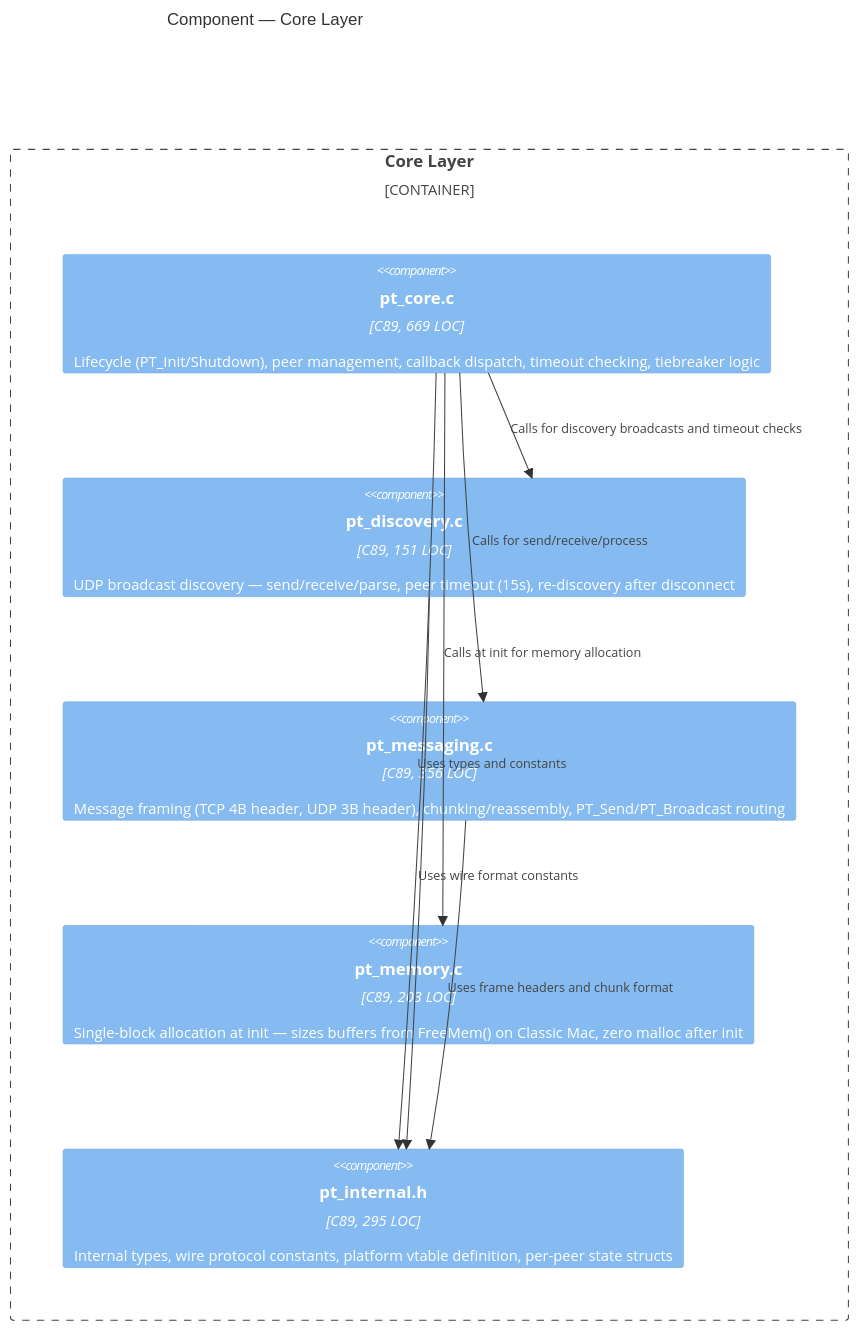
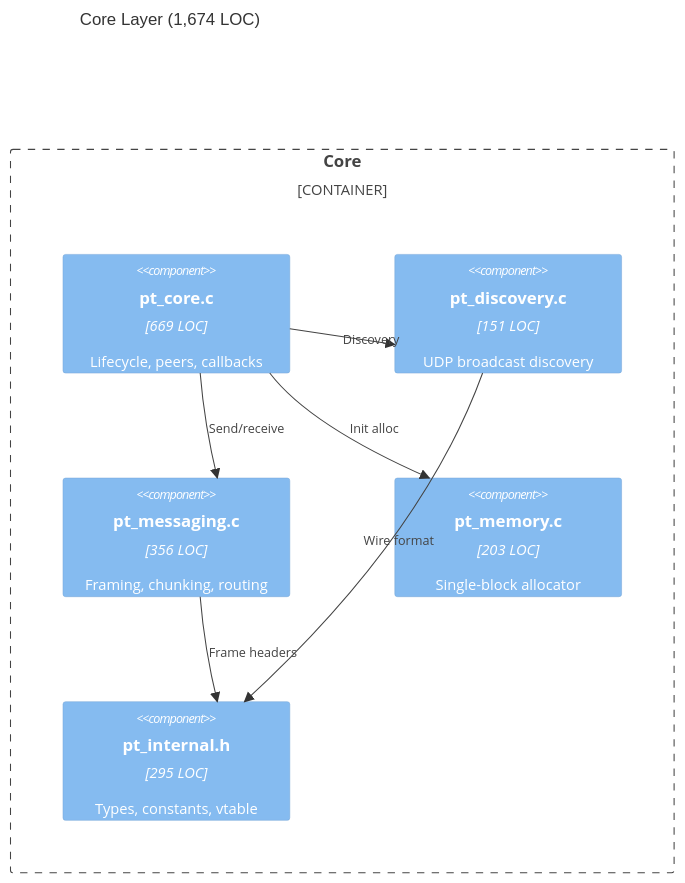
Before and after one commit to matthewdeaves/peertalk: the third of 7 diagrams in ARCHITECTURE.md, drawn with Mermaid. The commit also changed other lines of this file, not shown here.

First line of the commit message:
docs: Shorten C4 diagram labels for clean Mermaid rendering

````diff
--- a/ARCHITECTURE.md
+++ b/ARCHITECTURE.md
@@ -48,19 +48,18 @@
 ```mermaid
 C4Component
-    title Component — Core Layer
+    title Core Layer (1,674 LOC)
 
-    Container_Boundary(core, "Core Layer") {
-        Component(ptcore, "pt_core.c", "C89, 669 LOC", "Lifecycle (PT_Init/Shutdown), peer management, callback dispatch, timeout checking, tiebreaker logic")
-        Component(disc, "pt_discovery.c", "C89, 151 LOC", "UDP broadcast discovery — send/receive/parse, peer timeout (15s), re-discovery after disconnect")
-        Component(msg, "pt_messaging.c", "C89, 356 LOC", "Message framing (TCP 4B header, UDP 3B header), chunking/reassembly, PT_Send/PT_Broadcast routing")
-        Component(mem, "pt_memory.c", "C89, 203 LOC", "Single-block allocation at init — sizes buffers from FreeMem() on Classic Mac, zero malloc after init")
-        Component(internal, "pt_internal.h", "C89, 295 LOC", "Internal types, wire protocol constants, platform vtable definition, per-peer state structs")
+    Container_Boundary(core, "Core") {
+        Component(ptcore, "pt_core.c", "669 LOC", "Lifecycle, peers, callbacks")
+        Component(disc, "pt_discovery.c", "151 LOC", "UDP broadcast discovery")
+        Component(msg, "pt_messaging.c", "356 LOC", "Framing, chunking, routing")
+        Component(mem, "pt_memory.c", "203 LOC", "Single-block allocator")
+        Component(internal, "pt_internal.h", "295 LOC", "Types, constants, vtable")
     }
 
-    Rel(ptcore, disc, "Calls for discovery broadcasts and timeout checks")
-    Rel(ptcore, msg, "Calls for send/receive/process")
-    Rel(ptcore, mem, "Calls at init for memory allocation")
-    Rel(ptcore, internal, "Uses types and constants")
-    Rel(disc, internal, "Uses wire format constants")
-    Rel(msg, internal, "Uses frame headers and chunk format")
+    Rel(ptcore, disc, "Discovery")
+    Rel(ptcore, msg, "Send/receive")
+    Rel(ptcore, mem, "Init alloc")
+    Rel(disc, internal, "Wire format")
+    Rel(msg, internal, "Frame headers")
 ```
````
